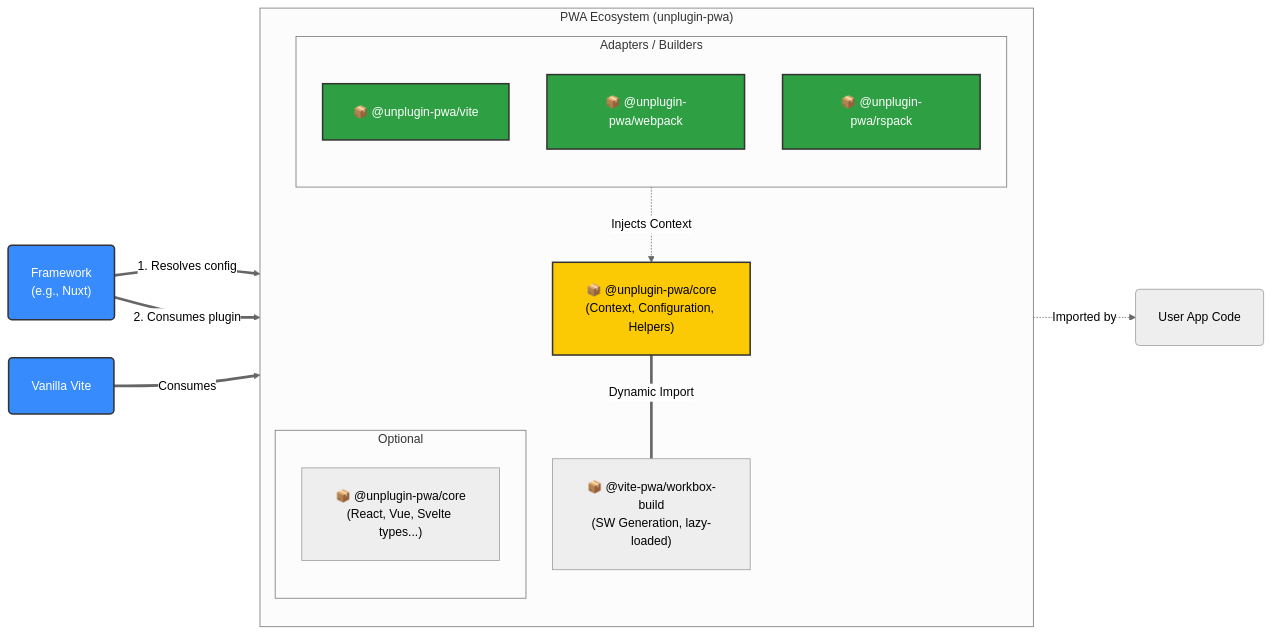
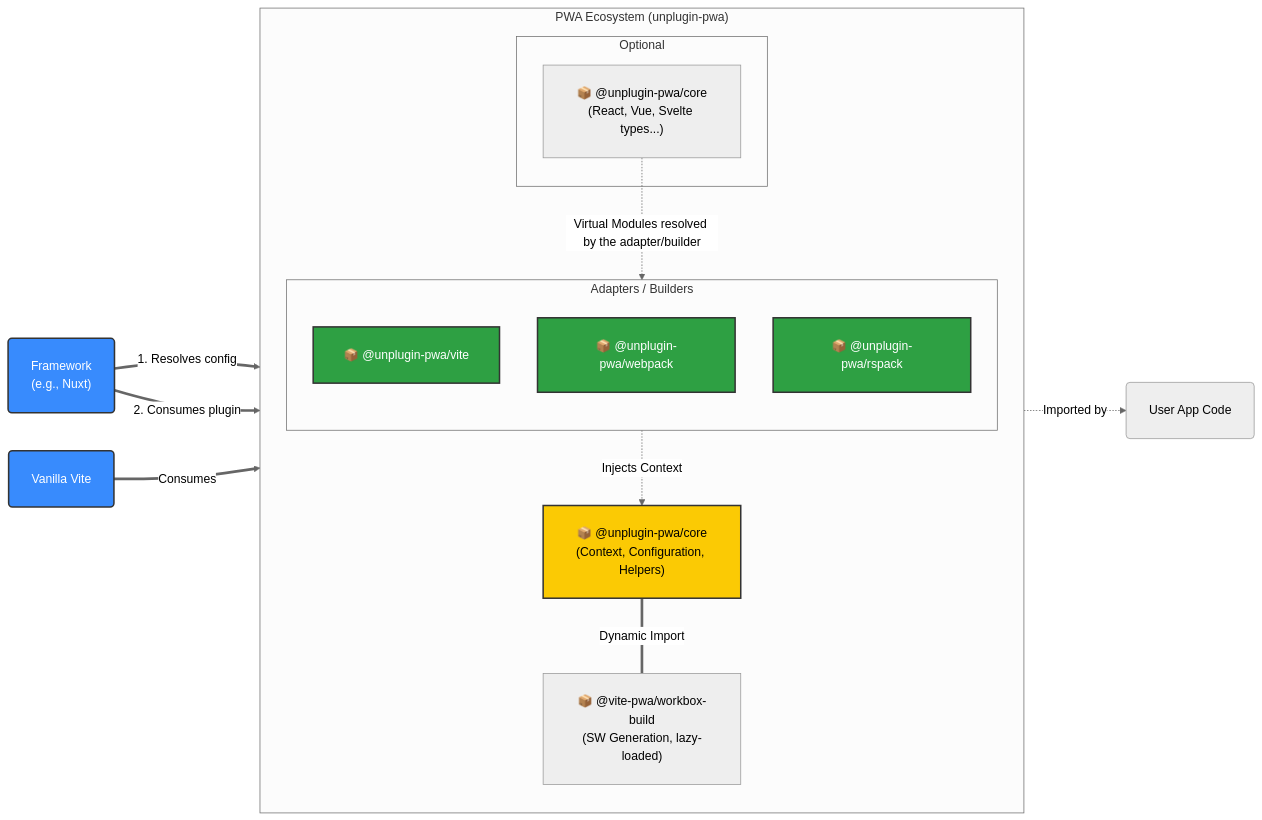
The first of 3 diagrams in ARCHITECTURE.md (vite-pwa/unplugin-pwa), drawn with Mermaid (neutral theme) before and after one commit.

Commit message:
docs: add virtual module resolution

````diff
--- a/ARCHITECTURE.md
+++ b/ARCHITECTURE.md
@@ -3,44 +3,45 @@
 ```mermaid
 flowchart LR
 %% External Consumers
     Nuxt("<div style='padding: 10px 15px;'>Framework<br>(e.g., Nuxt)</div>")
     Vanilla("<div style='padding: 10px 15px;'>Vanilla Vite</div>")
     App("<div style='padding: 10px 15px;'>User App Code</div>")
 
     subgraph Monorepo ["PWA Ecosystem (unplugin-pwa)"]
         direction TB
 
         subgraph Builders ["Adapters / Builders"]
             direction TB
             Vite["<div style='padding: 10px'>📦 @unplugin-pwa/vite</div>"]
             Webpack["<div style='padding: 10px'>📦 @unplugin-pwa/webpack</div>"]
             Rspack["<div style='padding: 10px'>📦 @unplugin-pwa/rspack</div>"]
         end
 
         Core["<div style='padding: 10px'>📦 @unplugin-pwa/core<br>(Context, Configuration, Helpers)</div>"]
         WB["<div style='padding: 10px'>📦 @vite-pwa/workbox-build<br>(SW Generation, lazy-loaded)</div>"]
 
         subgraph Extras ["Optional"]
             Client["<div style='padding: 10px'>📦 @unplugin-pwa/core<br>(React, Vue, Svelte types...)</div>"]
         end
 
     %% Internal Relations
         Builders -. "Injects Context" .-> Core
         Core == "Dynamic Import" === WB
+        Client -. "Virtual Modules resolved by the adapter/builder" .-> Vite
     end
 
 %% External Connections
     Nuxt ==>|1. Resolves config| Core
     Nuxt ==>|2. Consumes plugin| Vite
     Vanilla ==>|Consumes| Vite
     Client -. "Imported by" .-> App
 
 %% Styles
     classDef core fill:#fbca04,stroke:#333,stroke-width:2px,color:black;
     classDef builder fill:#2ea043,stroke:#333,stroke-width:2px,color:white;
     classDef framework fill:#388bfd,stroke:#333,stroke-width:2px,color:white;
 
     class Core core;
     class Vite,Webpack,Rspack builder;
     class Nuxt,Vanilla framework;
 ```
````
